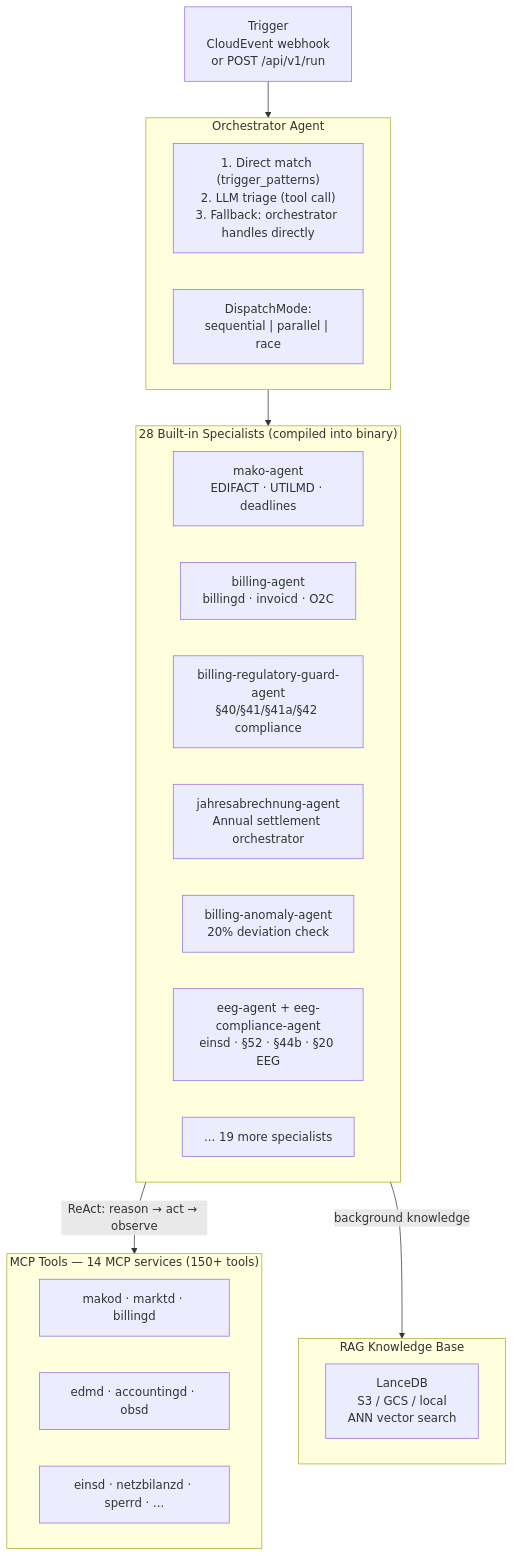
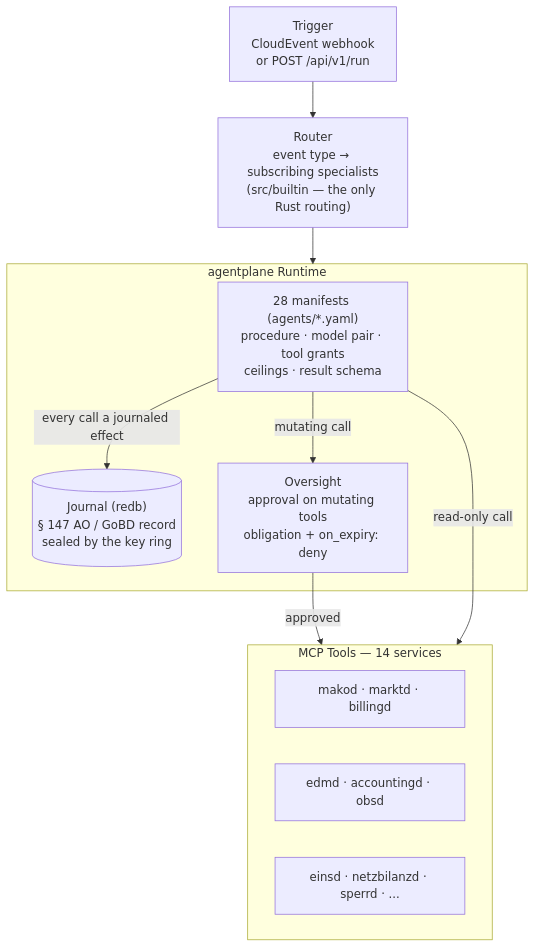
The first of 3 diagrams in site/content/docs/services/agentd.md (hupe1980/mako), drawn with Mermaid before and after one commit. The commit also changed other lines of this file and 64 other files, not shown here.

````diff
--- a/site/content/docs/services/agentd.md
+++ b/site/content/docs/services/agentd.md
@@ -63,35 +169,23 @@
 ```mermaid
 graph TB
     TRIGGER["Trigger<br/>CloudEvent webhook<br/>or POST /api/v1/run"]
+    ROUTER["Router<br/>event type → subscribing specialists<br/>(src/builtin — the only Rust routing)"]
 
-    subgraph orchestrator ["Orchestrator Agent"]
-        ORCH["1. Direct match (trigger_patterns)<br/>2. LLM triage (tool call)<br/>3. Fallback: orchestrator handles directly"]
-        MODE["DispatchMode:<br/>sequential | parallel | race"]
+    subgraph plane ["agentplane Runtime"]
+        MANIFEST["28 manifests (agents/*.yaml)<br/>procedure · model pair · tool grants<br/>ceilings · result schema"]
+        JOURNAL[("Journal (redb)<br/>§ 147 AO / GoBD record<br/>sealed by the key ring")]
+        OVERSIGHT["Oversight<br/>approval on mutating tools<br/>obligation + on_expiry: deny"]
     end
 
-    subgraph builtin ["28 Built-in Specialists (compiled into binary)"]
-        direction LR
-        MAKO["mako-agent<br/>EDIFACT · UTILMD · deadlines"]
-        BILLING["billing-agent<br/>billingd · invoicd · O2C"]
-        BILREG["billing-regulatory-guard-agent<br/>§40/§41/§41a/§42 compliance"]
-        JAHRB["jahresabrechnung-agent<br/>Annual settlement orchestrator"]
-        ANOMALY["billing-anomaly-agent<br/>20% deviation check"]
-        EEG["eeg-agent + eeg-compliance-agent<br/>einsd · §52 · §44b · §20 EEG"]
-        MORE["... 19 more specialists"]
-    end
-
-    subgraph rag ["RAG Knowledge Base"]
-        LANCE["LanceDB<br/>S3 / GCS / local<br/>ANN vector search"]
-    end
-
-    subgraph tools ["MCP Tools — 14 MCP services (150+ tools)"]
+    subgraph tools ["MCP Tools — 14 services"]
         T1["makod · marktd · billingd"]
         T2["edmd · accountingd · obsd"]
         T3["einsd · netzbilanzd · sperrd · ..."]
     end
 
-    TRIGGER --> orchestrator
-    orchestrator --> builtin
-    builtin -->|"ReAct: reason → act → observe"| tools
-    builtin -->|"background knowledge"| rag
+    TRIGGER --> ROUTER --> plane
+    MANIFEST -->|"every call a journaled effect"| JOURNAL
+    MANIFEST -->|"mutating call"| OVERSIGHT
+    OVERSIGHT -->|"approved"| tools
+    MANIFEST -->|"read-only call"| tools
 ```
````
